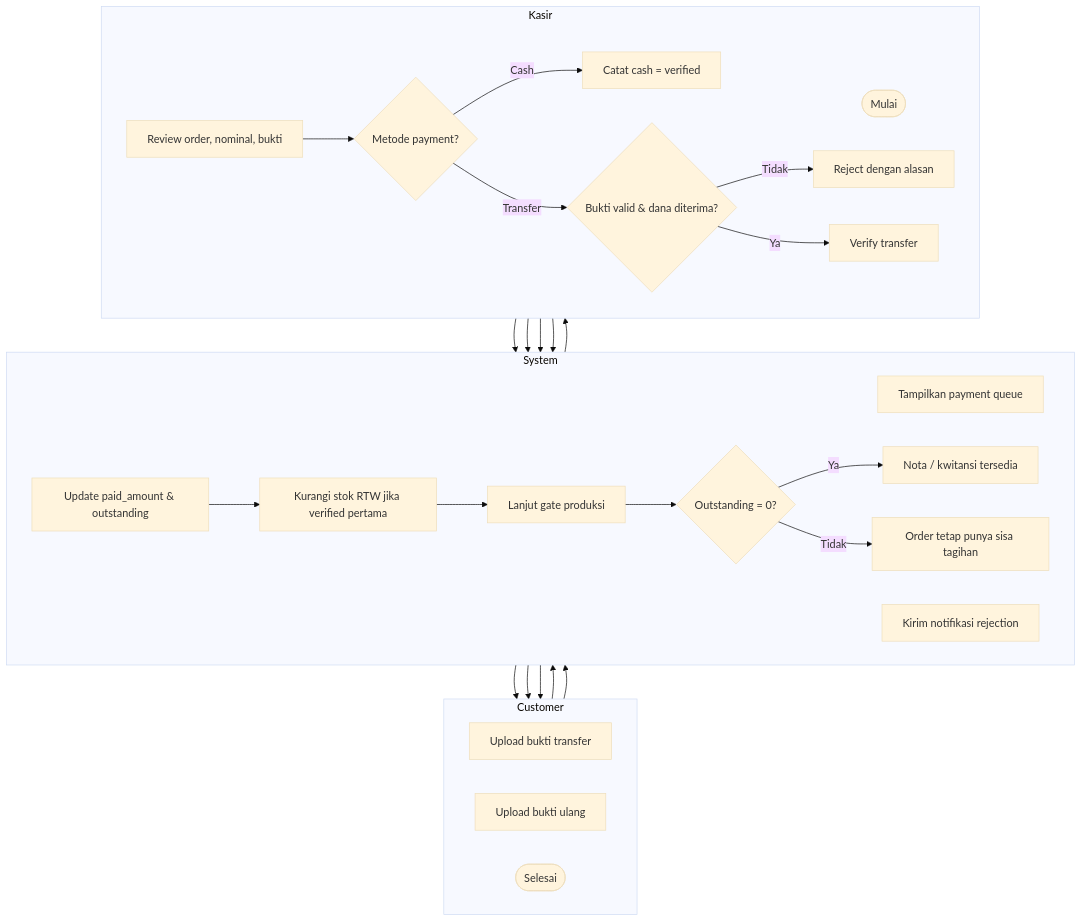
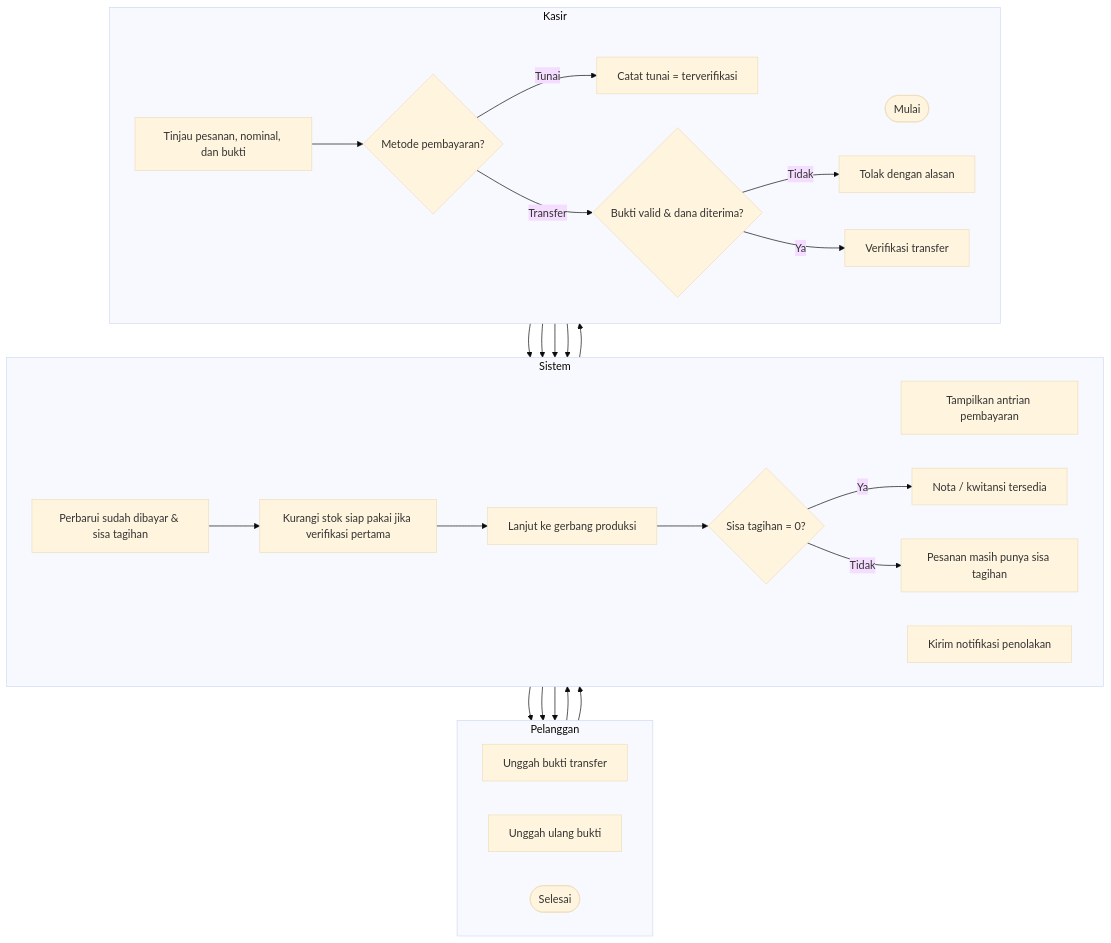
Before and after one commit to nabiilnuryassar/djaitin: diagram 12 of 13 in docs/MVP-APP-UML-AND-USE-CASES.md, drawn with Mermaid (base theme). The commit also changed other lines of this file, not shown here.

Commit message:
update: UML

````diff
--- a/docs/MVP-APP-UML-AND-USE-CASES.md
+++ b/docs/MVP-APP-UML-AND-USE-CASES.md
@@ -722,42 +845,42 @@
 ```mermaid
 flowchart TB
-    subgraph CUST["Customer"]
+    subgraph PEL["Pelanggan"]
         direction LR
-        cUpload[Upload bukti transfer]
-        cReUpload[Upload bukti ulang]
-        cEnd([Selesai])
+        cUpload[Unggah bukti transfer]
+        cReUpload[Unggah ulang bukti]
+        cSelesai([Selesai])
     end
 
-    subgraph SYS["System"]
+    subgraph SIS["Sistem"]
         direction LR
-        sQueue[Tampilkan payment queue]
-        sUpdate[Update paid_amount & outstanding]
-        sStock[Kurangi stok RTW jika verified pertama]
-        sGate[Lanjut gate produksi]
-        sCheck{Outstanding = 0?}
+        sQueue[Tampilkan antrian pembayaran]
+        sUpdate[Perbarui sudah dibayar & sisa tagihan]
+        sStock[Kurangi stok siap pakai jika verifikasi pertama]
+        sGate[Lanjut ke gerbang produksi]
+        sCheck{Sisa tagihan = 0?}
         sNota[Nota / kwitansi tersedia]
-        sSisa[Order tetap punya sisa tagihan]
-        sNotif[Kirim notifikasi rejection]
+        sSisa[Pesanan masih punya sisa tagihan]
+        sNotif[Kirim notifikasi penolakan]
     end
 
     subgraph KAS["Kasir"]
         direction LR
-        kStart([Mulai])
-        kReview[Review order, nominal, bukti]
-        kMetode{Metode payment?}
-        kCash[Catat cash = verified]
+        kMulai([Mulai])
+        kReview[Tinjau pesanan, nominal, dan bukti]
+        kMetode{Metode pembayaran?}
+        kCash[Catat tunai = terverifikasi]
         kValid{Bukti valid & dana diterima?}
-        kReject[Reject dengan alasan]
-        kVerify[Verify transfer]
+        kReject[Tolak dengan alasan]
+        kVerify[Verifikasi transfer]
     end
 
-    kStart --> sQueue --> kReview --> kMetode
+    kMulai --> sQueue --> kReview --> kMetode
     cUpload --> sQueue
-    kMetode -- Cash --> kCash --> sUpdate
+    kMetode -- Tunai --> kCash --> sUpdate
     kMetode -- Transfer --> kValid
     kValid -- Tidak --> kReject --> sNotif --> cReUpload --> sQueue
     kValid -- Ya --> kVerify --> sUpdate
     sUpdate --> sStock --> sGate --> sCheck
-    sCheck -- Ya --> sNota --> cEnd
-    sCheck -- Tidak --> sSisa --> cEnd
+    sCheck -- Ya --> sNota --> cSelesai
+    sCheck -- Tidak --> sSisa --> cSelesai
 ```
````
